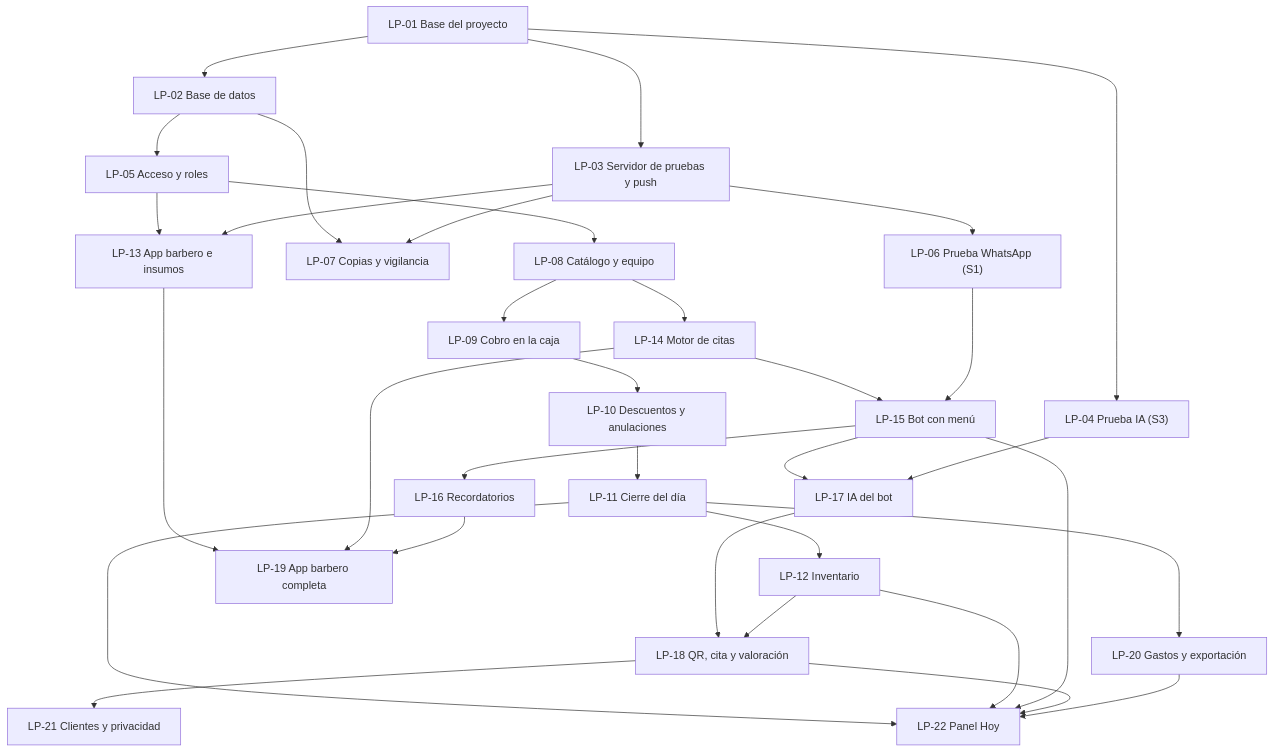
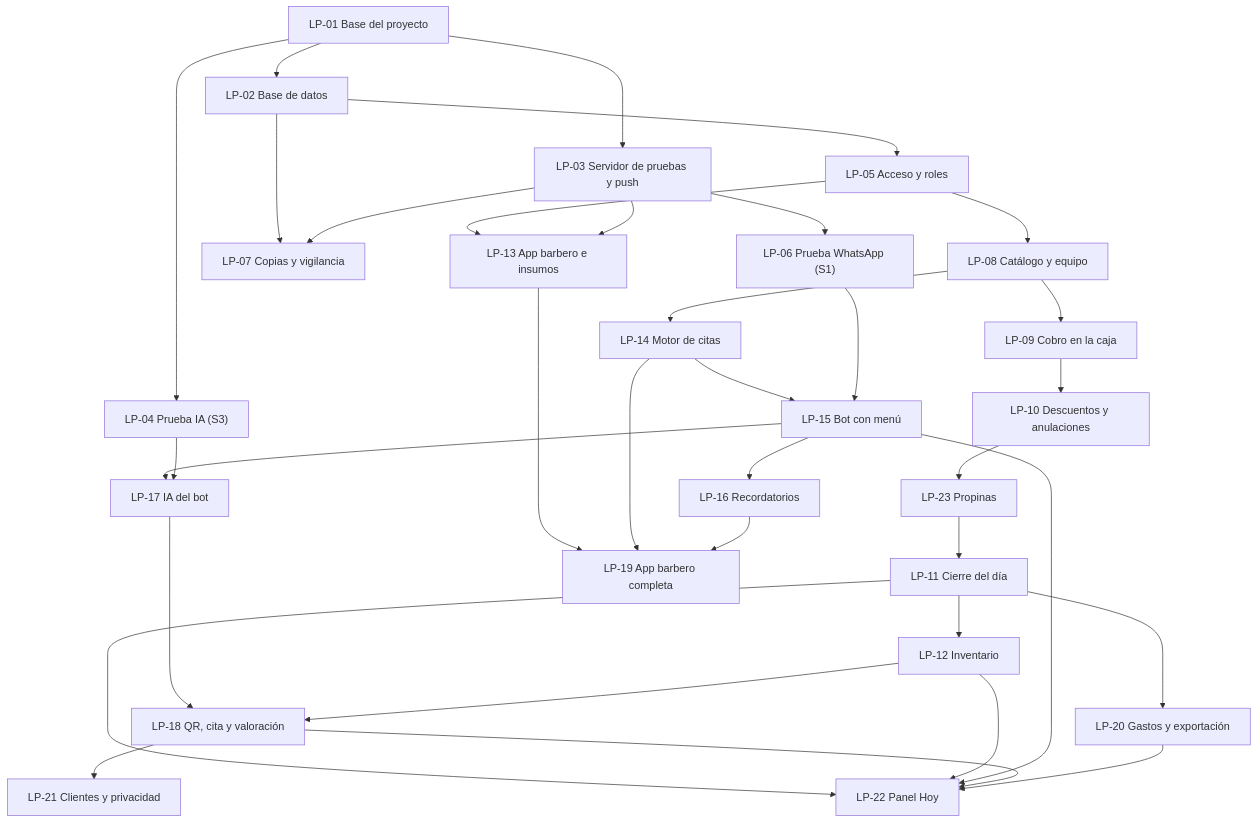
Before and after one commit to gangatv69-coder/LOSPAPIS: the diagram in docs/tickets/los-papis-gestion-barberia.md, drawn with Mermaid. The commit also changed other lines of this file and 12 other files, not shown here.

Commit message:
Fase 0 de LP-23 (propinas para los barberos, peticion del dueno): ticket y plan, contrato de la propina aparte del cobro (recordTipRequestSchema, tip en el cobro, propinas del dia por barbero, TPV y vuelto que queda) y tabla sale_tips que solo crece (migraciones 0011 y 0012)

````diff
--- a/docs/tickets/los-papis-gestion-barberia.md
+++ b/docs/tickets/los-papis-gestion-barberia.md
@@ -496,35 +516,36 @@
 ```mermaid
 flowchart TD
   LP01["LP-01 Base del proyecto"] --> LP02["LP-02 Base de datos"]
   LP01 --> LP03["LP-03 Servidor de pruebas y push"]
   LP01 --> LP04["LP-04 Prueba IA (S3)"]
   LP02 --> LP05["LP-05 Acceso y roles"]
   LP03 --> LP06["LP-06 Prueba WhatsApp (S1)"]
   LP02 --> LP07["LP-07 Copias y vigilancia"]
   LP03 --> LP07
   LP05 --> LP08["LP-08 Catálogo y equipo"]
   LP08 --> LP09["LP-09 Cobro en la caja"]
   LP09 --> LP10["LP-10 Descuentos y anulaciones"]
-  LP10 --> LP11["LP-11 Cierre del día"]
+  LP10 --> LP23["LP-23 Propinas"]
+  LP23 --> LP11["LP-11 Cierre del día"]
   LP11 --> LP12["LP-12 Inventario"]
   LP05 --> LP13["LP-13 App barbero e insumos"]
   LP03 --> LP13
   LP08 --> LP14["LP-14 Motor de citas"]
   LP14 --> LP15["LP-15 Bot con menú"]
   LP06 --> LP15
   LP15 --> LP16["LP-16 Recordatorios"]
   LP15 --> LP17["LP-17 IA del bot"]
   LP04 --> LP17
   LP17 --> LP18["LP-18 QR, cita y valoración"]
   LP12 --> LP18
   LP13 --> LP19["LP-19 App barbero completa"]
   LP14 --> LP19
   LP16 --> LP19
   LP11 --> LP20["LP-20 Gastos y exportación"]
   LP18 --> LP21["LP-21 Clientes y privacidad"]
   LP11 --> LP22["LP-22 Panel Hoy"]
   LP12 --> LP22
   LP15 --> LP22
   LP18 --> LP22
   LP20 --> LP22
 ```
````
